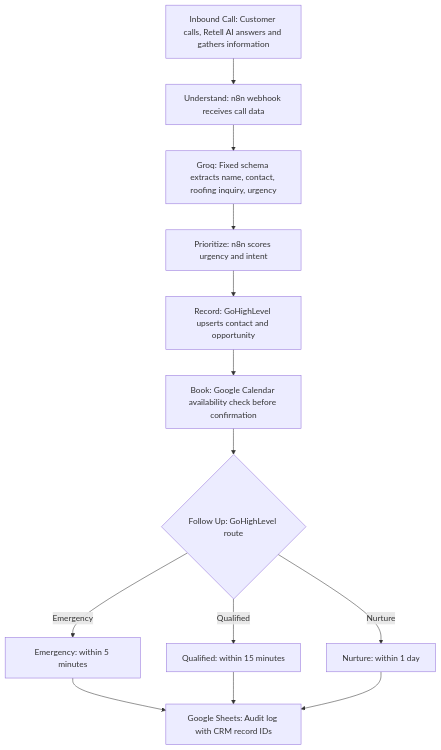
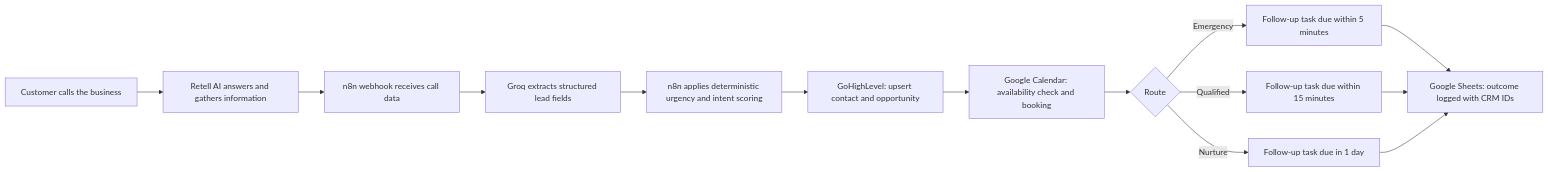
Before and after one commit to marsatolba6-gif/roofflow-ai-voice-lead-automation: the diagram in docs/architecture.md, drawn with Mermaid. The commit also changed other lines of this file, not shown here.

````diff
--- a/docs/architecture.md
+++ b/docs/architecture.md
@@ -11,21 +7,16 @@
 ```mermaid
-flowchart TD
-    A["Inbound Call: Customer calls, Retell AI answers and gathers information"]
-    B["Understand: n8n webhook receives call data"]
-    C["Groq: Fixed schema extracts name, contact, roofing inquiry, urgency"]
-    D["Prioritize: n8n scores urgency and intent"]
-    E["Record: GoHighLevel upserts contact and opportunity"]
-    F["Book: Google Calendar availability check before confirmation"]
-    G{"Follow Up: GoHighLevel route"}
-    H["Emergency: within 5 minutes"]
-    I["Qualified: within 15 minutes"]
-    J["Nurture: within 1 day"]
-    K["Google Sheets: Audit log with CRM record IDs"]
-    A --> B --> C --> D --> E --> F --> G
-    G -->|Emergency| H
-    G -->|Qualified| I
-    G -->|Nurture| J
-    H --> K
-    I --> K
-    J --> K
+flowchart LR
+    A[Customer calls the business] --> B[Retell AI answers and gathers information]
+    B --> C[n8n webhook receives call data]
+    C --> D[Groq extracts structured lead fields]
+    D --> E[n8n applies deterministic urgency and intent scoring]
+    E --> F[GoHighLevel: upsert contact and opportunity]
+    F --> G[Google Calendar: availability check and booking]
+    G --> H{Route}
+    H -->|Emergency| I[Follow-up task due within 5 minutes]
+    H -->|Qualified| J[Follow-up task due within 15 minutes]
+    H -->|Nurture| K[Follow-up task due in 1 day]
+    I --> L[Google Sheets: outcome logged with CRM IDs]
+    J --> L
+    K --> L
 ```
````
